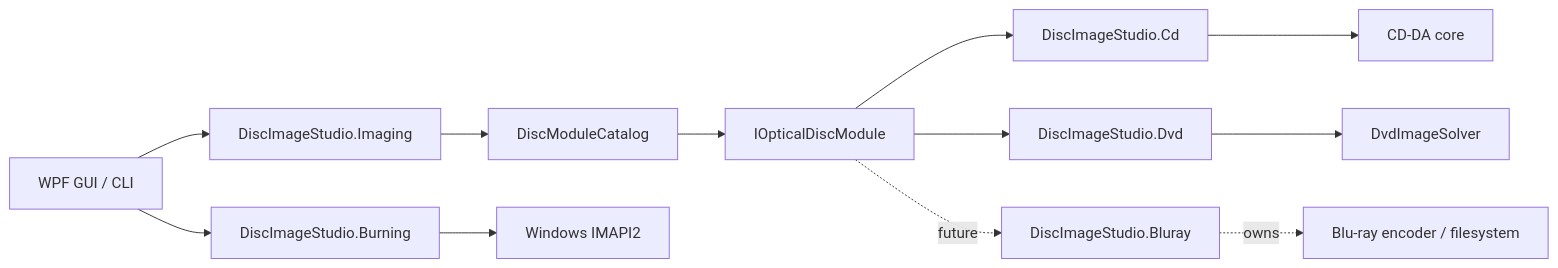
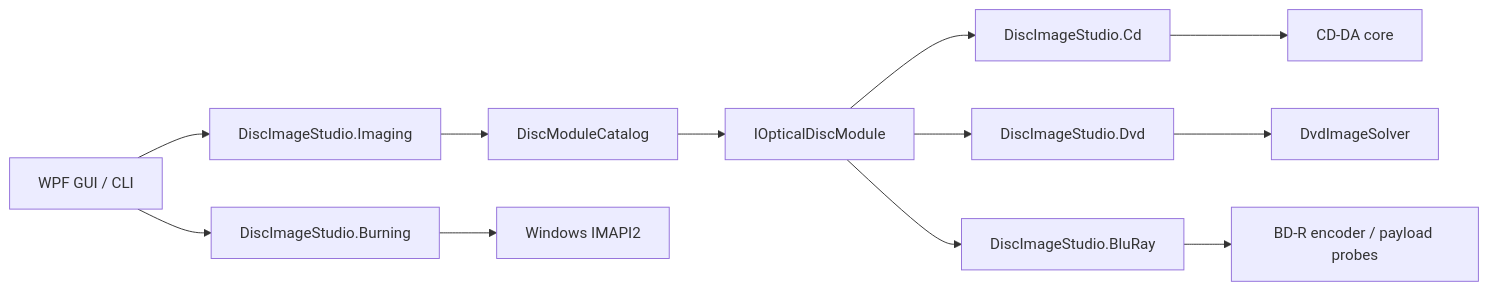
The diagram in docs/ARCHITECTURE.md (Catho168/DiscImageStudio), drawn with Mermaid before and after one commit. The commit also changed other lines of this file and 193 other files, not shown here.

First line of the commit message:
整理蓝光与图像处理功能并采用 GPL-3.0-or-later

````diff
--- a/docs/ARCHITECTURE.md
+++ b/docs/ARCHITECTURE.md
@@ -7,14 +7,14 @@
 ```mermaid
 flowchart LR
     GUI[WPF GUI / CLI] --> Imaging[DiscImageStudio.Imaging]
     Imaging --> Catalog[DiscModuleCatalog]
     GUI --> Burning[DiscImageStudio.Burning]
     Burning --> IMAPI[Windows IMAPI2]
     Catalog --> Contract[IOpticalDiscModule]
     Contract --> CD[DiscImageStudio.Cd]
     Contract --> DVD[DiscImageStudio.Dvd]
-    Contract -. future .-> BD[DiscImageStudio.Bluray]
+    Contract --> BD[DiscImageStudio.BluRay]
     DVD --> Engine[DvdImageSolver]
     CD --> CdEngine[CD-DA core]
-    BD -. owns .-> BdEngine[Blu-ray encoder / filesystem]
+    BD --> BdEngine[BD-R encoder / payload probes]
 ```
````
